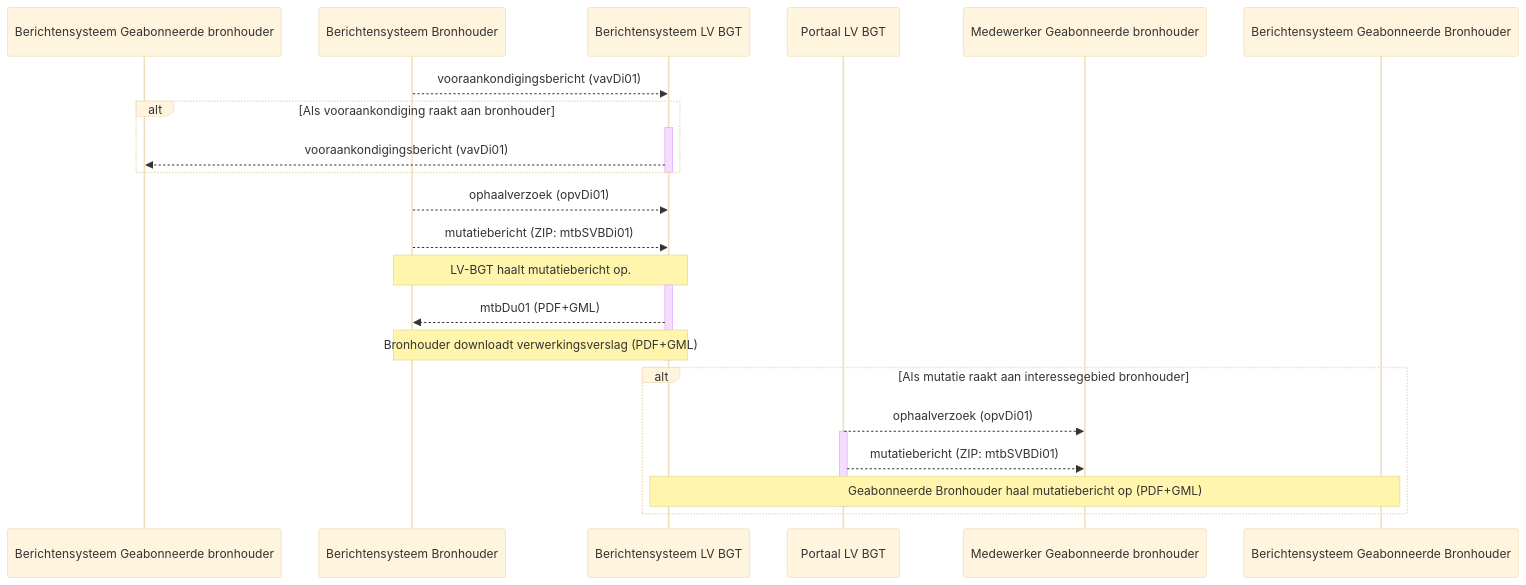
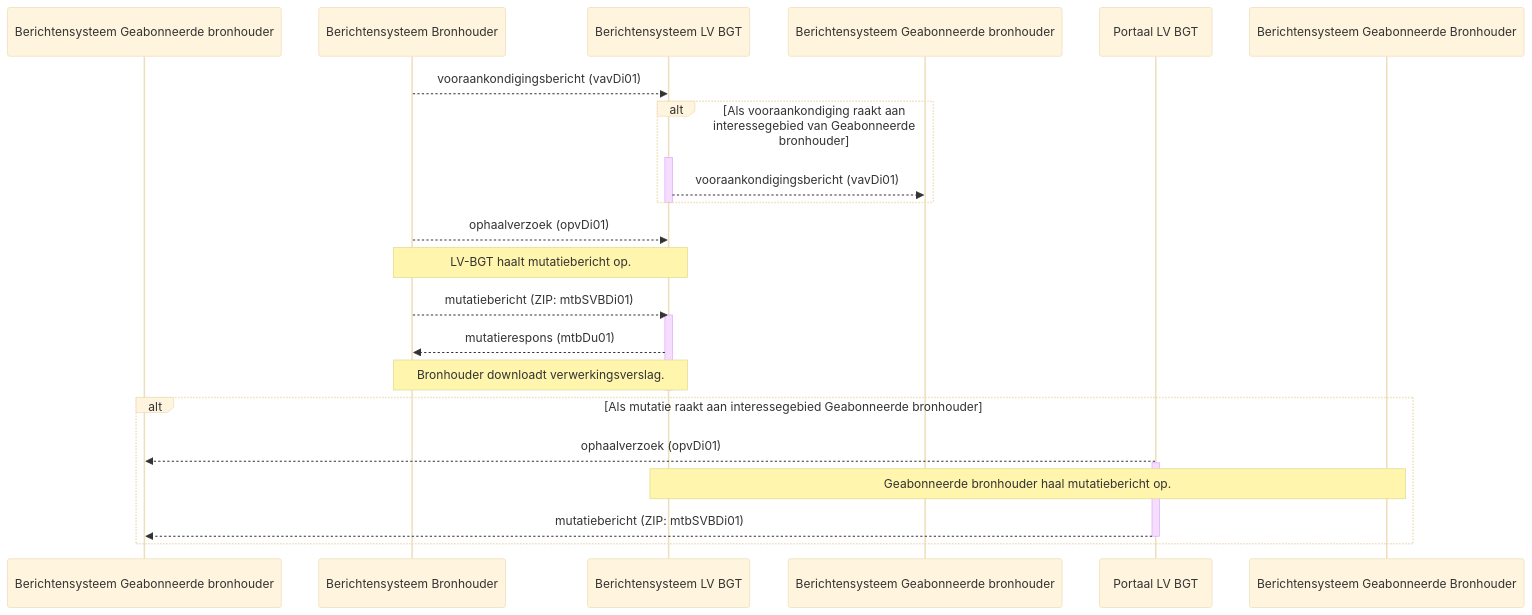
One commit to Geonovum/IMGeo changed the second of 2 diagrams in werkafspraken/bgt-berichtenverkeer/2-werkafspraak.md. Above: the diagram before and after it, drawn with Mermaid (base theme). The commit also changed other lines of this file, not shown here.

```diff
--- a/werkafspraken/bgt-berichtenverkeer/2-werkafspraak.md
+++ b/werkafspraken/bgt-berichtenverkeer/2-werkafspraak.md
@@ -93,26 +93,27 @@
 <div class="mermaid">
 sequenceDiagram          
-    participant Berichtensysteem Geabonneerde  bronhouder    
+    participant Berichtensysteem Geabonneerde bronhouder    
     participant Berichtensysteem Bronhouder  
     participant Berichtensysteem LV BGT   
     Berichtensysteem Bronhouder-->>Berichtensysteem LV BGT: vooraankondigingsbericht (vavDi01)
-    alt Als vooraankondiging raakt aan bronhouder
+    alt Als vooraankondiging raakt aan interessegebied van Geabonneerde bronhouder
     activate Berichtensysteem LV BGT    
     Berichtensysteem LV BGT-->>Berichtensysteem Geabonneerde  bronhouder: vooraankondigingsbericht (vavDi01)
     end
     deactivate Berichtensysteem LV BGT
     Berichtensysteem Bronhouder-->>Berichtensysteem LV BGT: ophaalverzoek (opvDi01)
-	Berichtensysteem Bronhouder-->>Berichtensysteem LV BGT: mutatiebericht (ZIP: mtbSVBDi01)
-	Note over Berichtensysteem Bronhouder ,  Berichtensysteem LV BGT: LV-BGT haalt mutatiebericht op.	   
+	Note over Berichtensysteem Bronhouder ,  Berichtensysteem LV BGT: LV-BGT haalt mutatiebericht op.
+	Berichtensysteem Bronhouder-->>Berichtensysteem LV BGT: mutatiebericht (ZIP: mtbSVBDi01)		   
     activate Berichtensysteem LV BGT
-	Berichtensysteem LV BGT-->>Berichtensysteem Bronhouder: mtbDu01 (PDF+GML)	
-    Note over Berichtensysteem Bronhouder ,  Berichtensysteem LV BGT: Bronhouder downloadt verwerkingsverslag (PDF+GML)
+	Berichtensysteem LV BGT-->>Berichtensysteem Bronhouder: mutatierespons (mtbDu01)	
+    Note over Berichtensysteem Bronhouder ,  Berichtensysteem LV BGT: Bronhouder downloadt verwerkingsverslag.
     deactivate Berichtensysteem LV BGT
-    alt Als mutatie raakt aan interessegebied bronhouder
-    Portaal LV BGT-->>Medewerker Geabonneerde  bronhouder: ophaalverzoek (opvDi01)
+    alt Als mutatie raakt aan interessegebied Geabonneerde bronhouder
+    Portaal LV BGT-->>Berichtensysteem Geabonneerde bronhouder: ophaalverzoek (opvDi01)
     activate Portaal LV BGT
-    Portaal LV BGT-->>Medewerker Geabonneerde  bronhouder: mutatiebericht (ZIP: mtbSVBDi01)
-	Note over Berichtensysteem Geabonneerde Bronhouder, Berichtensysteem LV BGT: Geabonneerde Bronhouder haal mutatiebericht op (PDF+GML)
+    Note over Berichtensysteem Geabonneerde Bronhouder, Berichtensysteem LV BGT: Geabonneerde bronhouder haal mutatiebericht op.
+	Portaal LV BGT-->>Berichtensysteem Geabonneerde bronhouder: mutatiebericht (ZIP: mtbSVBDi01)
+	
     deactivate Portaal LV BGT
     end
 </div>
```
